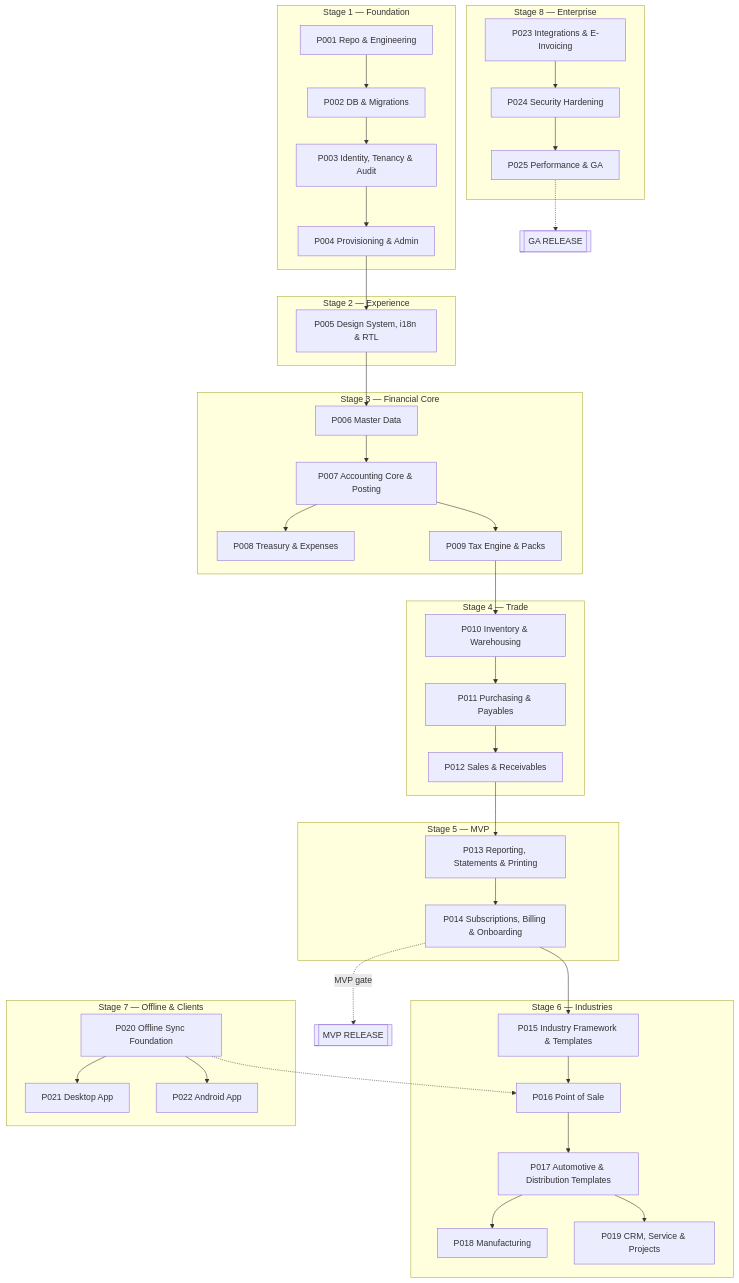
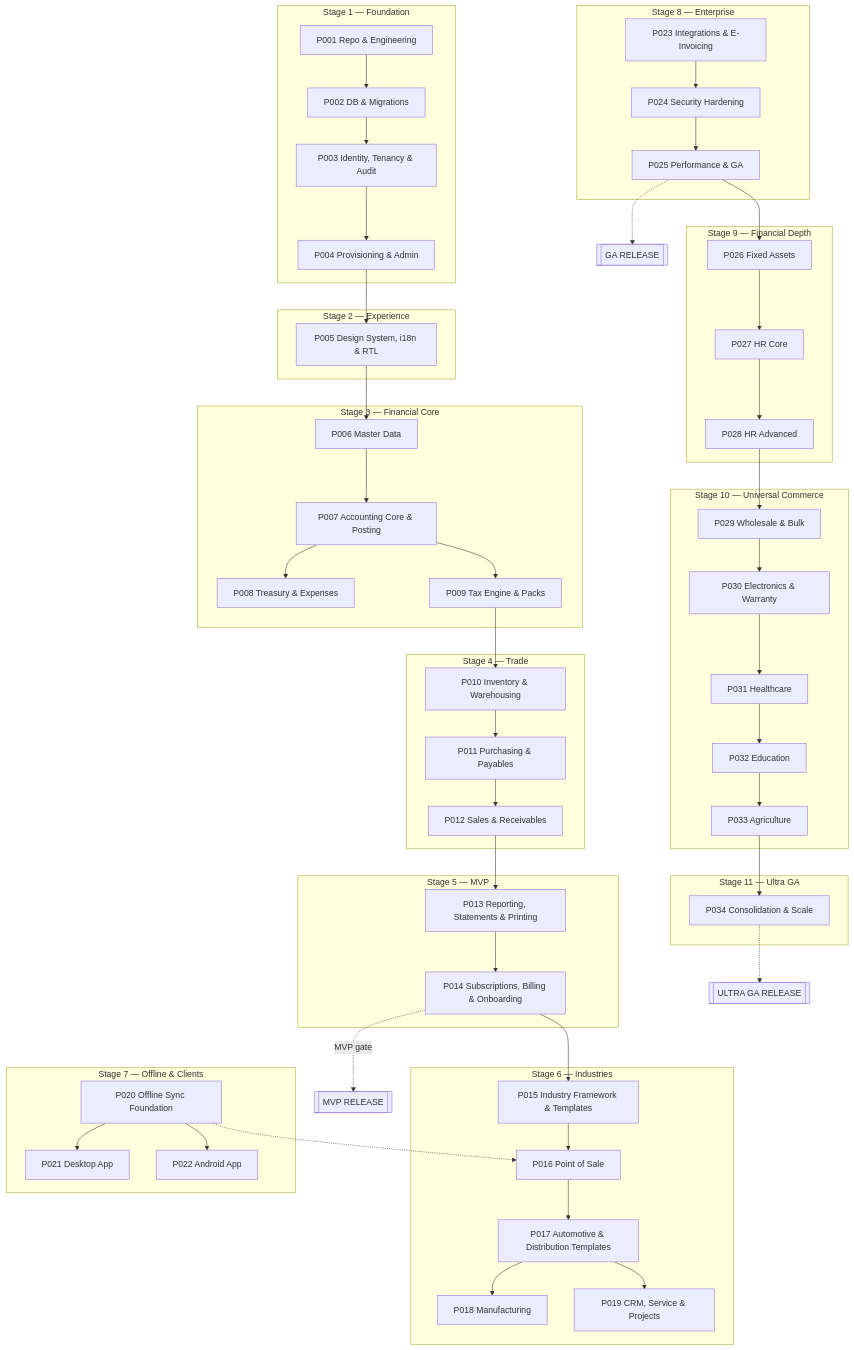
The diagram in docs/planning/MASTER_ROADMAP.md (kasem520000/ERP_Cloud_docs), drawn with Mermaid before and after one commit. The commit also changed other lines of this file and 25 other files, not shown here.

````diff
--- a/docs/planning/MASTER_ROADMAP.md
+++ b/docs/planning/MASTER_ROADMAP.md
@@ -31,48 +34,64 @@
 ```mermaid
 flowchart TB
   subgraph S1["Stage 1 — Foundation"]
     P001[P001 Repo & Engineering] --> P002[P002 DB & Migrations] --> P003[P003 Identity, Tenancy & Audit] --> P004[P004 Provisioning & Admin]
   end
   subgraph S2["Stage 2 — Experience"]
     P005[P005 Design System, i18n & RTL]
   end
   subgraph S3["Stage 3 — Financial Core"]
     P006[P006 Master Data] --> P007[P007 Accounting Core & Posting]
     P007 --> P008[P008 Treasury & Expenses]
     P007 --> P009[P009 Tax Engine & Packs]
   end
   subgraph S4["Stage 4 — Trade"]
     P010[P010 Inventory & Warehousing]
     P010 --> P011[P011 Purchasing & Payables]
     P011 --> P012[P012 Sales & Receivables]
   end
   subgraph S5["Stage 5 — MVP"]
     P013[P013 Reporting, Statements & Printing]
     P013 --> P014[P014 Subscriptions, Billing & Onboarding]
   end
   subgraph S6["Stage 6 — Industries"]
     P015[P015 Industry Framework & Templates]
     P015 --> P016[P016 Point of Sale]
     P016 --> P017[P017 Automotive & Distribution Templates]
     P017 --> P018[P018 Manufacturing]
     P017 --> P019[P019 CRM, Service & Projects]
   end
   subgraph S7["Stage 7 — Offline & Clients"]
     P020[P020 Offline Sync Foundation]
     P020 --> P021[P021 Desktop App]
     P020 --> P022[P022 Android App]
   end
   subgraph S8["Stage 8 — Enterprise"]
     P023[P023 Integrations & E-Invoicing]
     P023 --> P024[P024 Security Hardening]
     P024 --> P025[P025 Performance & GA]
   end
+  subgraph S9["Stage 9 — Financial Depth"]
+    P026[P026 Fixed Assets] --> P027[P027 HR Core] --> P028[P028 HR Advanced]
+  end
+  subgraph S10["Stage 10 — Universal Commerce"]
+    P029[P029 Wholesale & Bulk] --> P030[P030 Electronics & Warranty]
+    P030 --> P031[P031 Healthcare]
+    P031 --> P032[P032 Education]
+    P032 --> P033[P033 Agriculture]
+  end
+  subgraph S11["Stage 11 — Ultra GA"]
+    P034[P034 Consolidation & Scale]
+  end
   P004 --> P005
   P005 --> P006
   P009 --> P010
   P012 --> P013
   P014 --> P015
   P014 -.MVP gate.-> MVP[[MVP RELEASE]]
   P020 -.-> P016
   P025 -.-> GA[[GA RELEASE]]
+  P025 --> P026
+  P028 --> P029
+  P033 --> P034
+  P034 -.-> UGA[[ULTRA GA RELEASE]]
 ```
````
